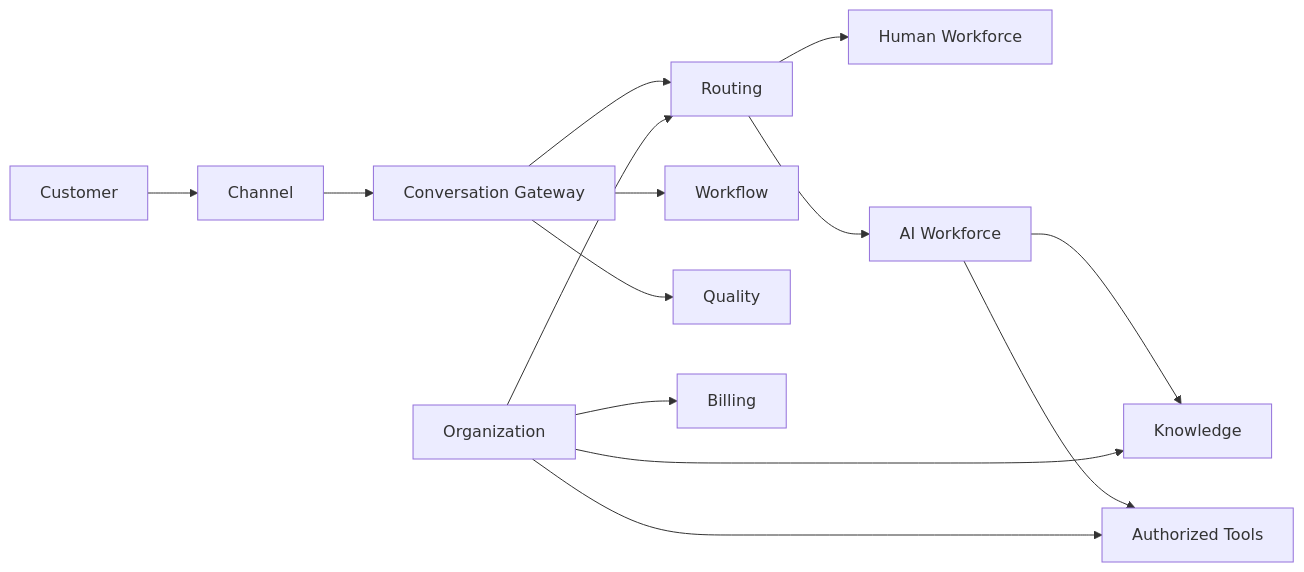
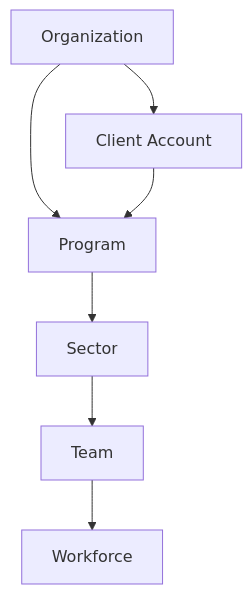
The first of 2 diagrams in docs/requirements/functional-requirements.md (D-engahmed/OMILINKS), drawn with Mermaid before and after one commit. The commit also changed other lines of this file and 2 other files, not shown here.

````diff
--- a/docs/requirements/functional-requirements.md
+++ b/docs/requirements/functional-requirements.md
@@ -39,16 +38,9 @@
-```mermaid
-flowchart LR
-C[Customer] --> CH[Channel]
-CH --> G[Conversation Gateway]
-G --> R[Routing]
-R --> H[Human Workforce]
-R --> AI[AI Workforce]
-AI --> K[Knowledge]
-AI --> T[Authorized Tools]
-G --> WF[Workflow]
-G --> Q[Quality]
-ORG[Organization] --> R
-ORG --> K
-ORG --> T
-ORG --> BILL[Billing]
-```
+~~~mermaid
+flowchart TB
+ORG[Organization] --> CLIENT[Client Account]
+ORG --> PROGRAM[Program]
+CLIENT --> PROGRAM
+PROGRAM --> SECTOR[Sector]
+SECTOR --> TEAM[Team]
+TEAM --> WORKFORCE[Workforce]
+~~~
````
